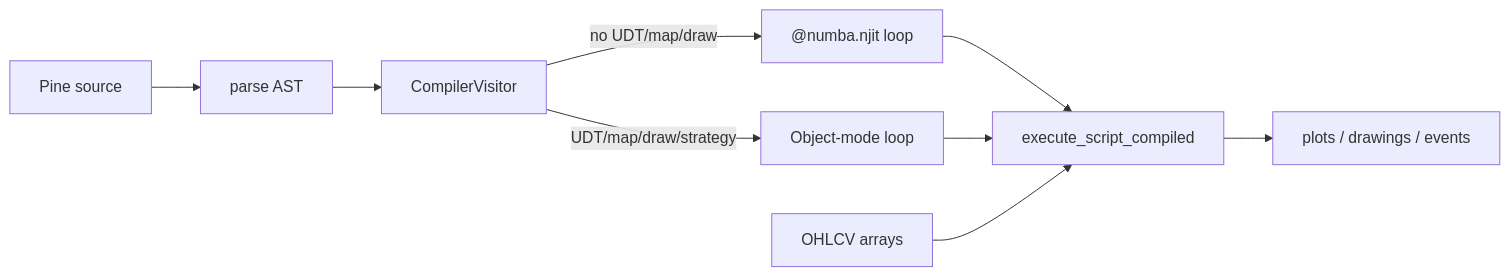
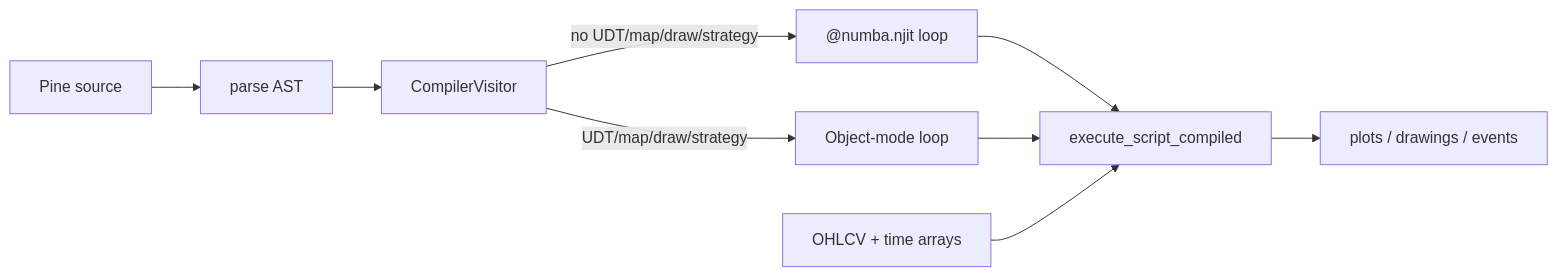
The diagram in docs/pyne/runtime/compiler/overview.mdx (hoox-sh/pyne), drawn with Mermaid before and after one commit. The commit also changed other lines of this file and 81 other files, not shown here.

````diff
--- a/docs/pyne/runtime/compiler/overview.mdx
+++ b/docs/pyne/runtime/compiler/overview.mdx
@@ -35,11 +37,11 @@
 ```mermaid
 flowchart LR
   Pine[Pine source] --> Parse[parse AST]
   Parse --> CV[CompilerVisitor]
-  CV -->|no UDT/map/draw| Num["@numba.njit loop"]
+  CV -->|no UDT/map/draw/strategy| Num["@numba.njit loop"]
   CV -->|UDT/map/draw/strategy| Obj[Object-mode loop]
   Num --> Exec[execute_script_compiled]
   Obj --> Exec
-  OHLCV[OHLCV arrays] --> Exec
+  OHLCV[OHLCV + time arrays] --> Exec
   Exec --> Out[plots / drawings / events]
 ```
````
